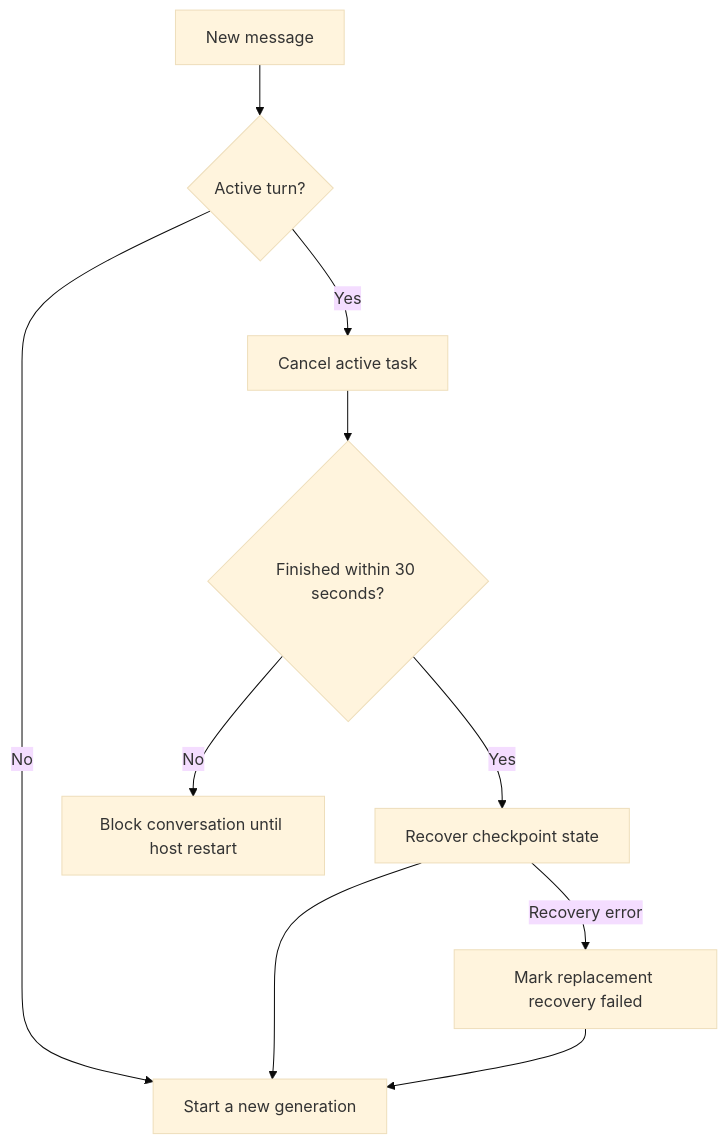
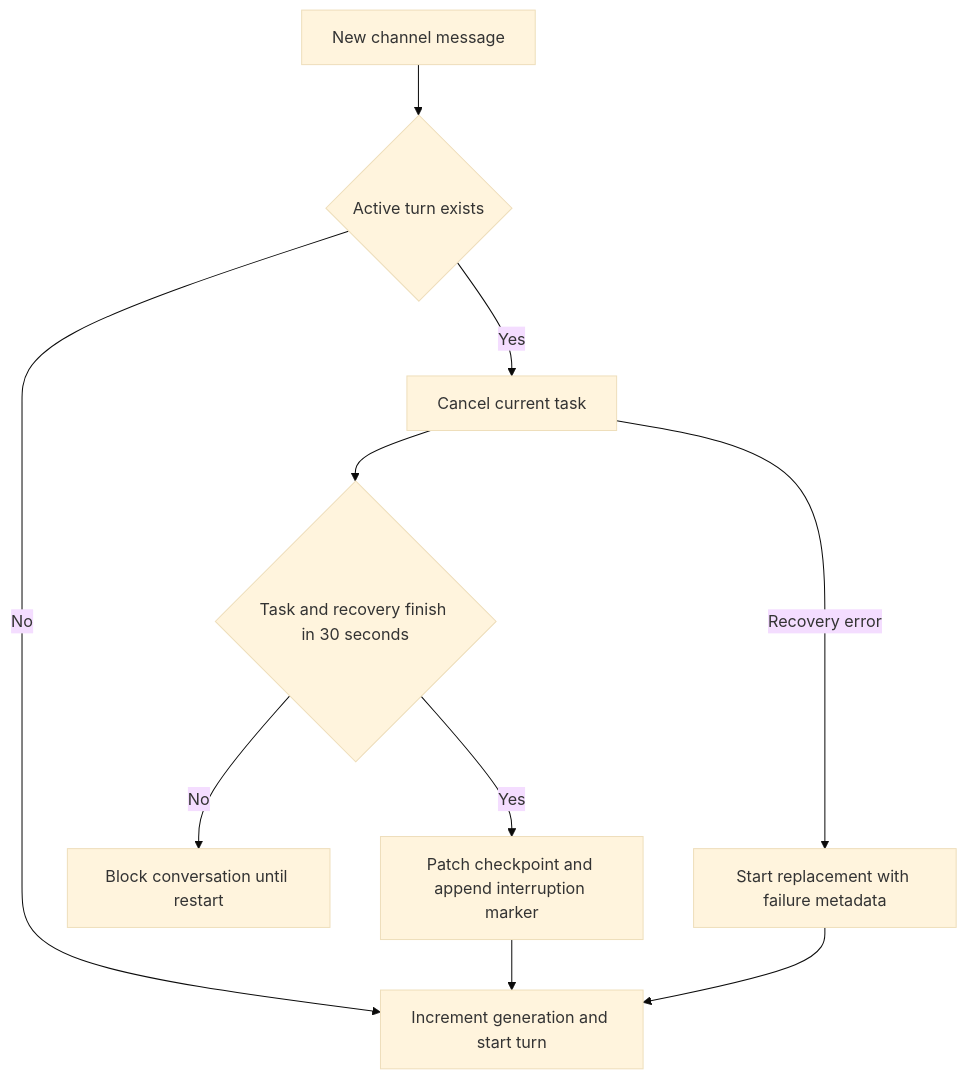
Before and after one commit to langchain-ai/deepagents: the second of 3 diagrams in openwiki/integrations/talon.md, drawn with Mermaid (base theme). The commit also changed other lines of this file and 63 other files, not shown here.

````diff
--- a/openwiki/integrations/talon.md
+++ b/openwiki/integrations/talon.md
@@ -71,12 +64,12 @@
 ```mermaid
 flowchart TD
-    Incoming["New message"] --> Active{"Active turn?"}
-    Active -->|No| Start["Start a new generation"]
-    Active -->|Yes| Cancel["Cancel active task"]
-    Cancel --> Finished{"Finished within 30 seconds?"}
-    Finished -->|Yes| Recover["Recover checkpoint state"]
-    Recover --> Start
-    Recover -->|Recovery error| Degraded["Mark replacement recovery failed"]
-    Degraded --> Start
-    Finished -->|No| Blocked["Block conversation until host restart"]
+    Incoming["New channel message"] --> Active{"Active turn exists"}
+    Active -->|No| Begin["Increment generation and start turn"]
+    Active -->|Yes| Cancel["Cancel current task"]
+    Cancel --> Finished{"Task and recovery finish in 30 seconds"}
+    Finished -->|Yes| Recovered["Patch checkpoint and append interruption marker"]
+    Recovered --> Begin
+    Finished -->|No| Blocked["Block conversation until restart"]
+    Cancel -->|Recovery error| Degraded["Start replacement with failure metadata"]
+    Degraded --> Begin
 ```
````
